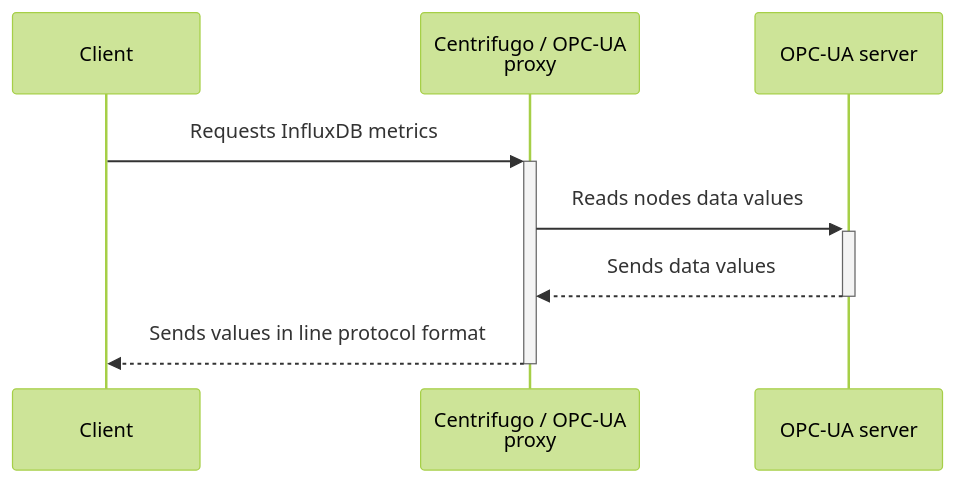
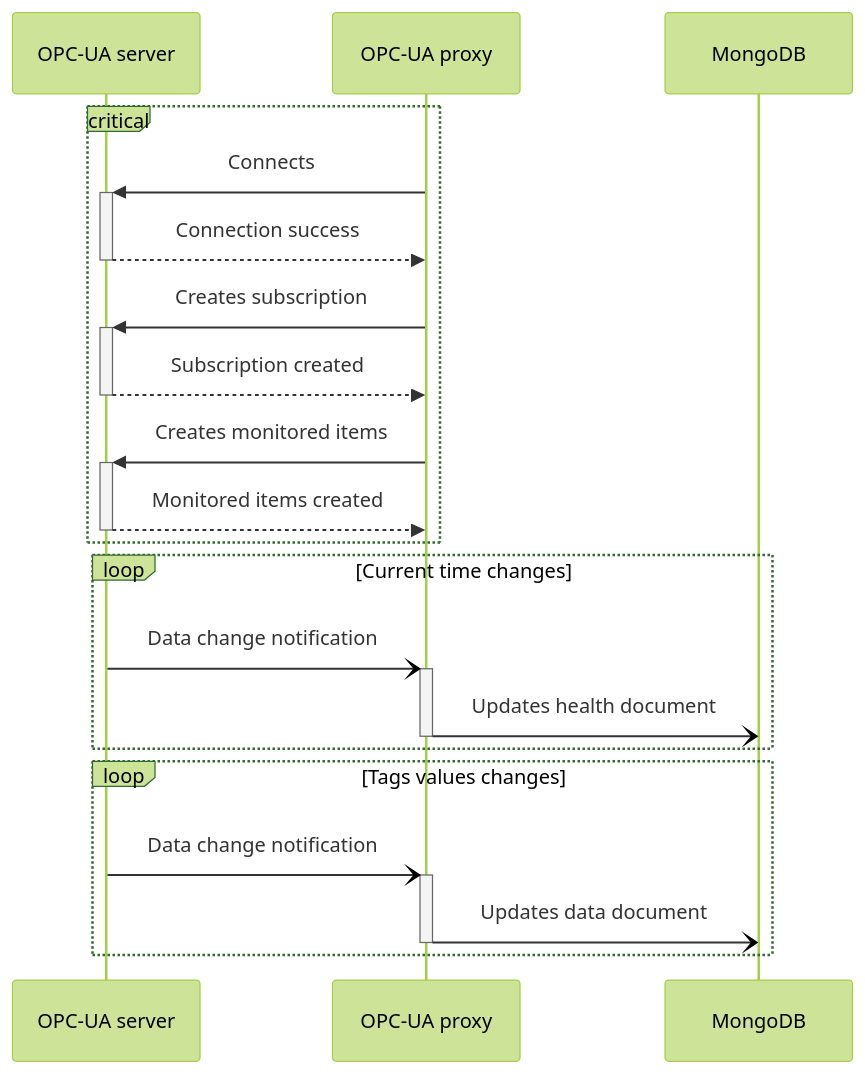
One commit to cailloumajor/opcua-proxy changed the diagram in README.md. Above: the diagram before and after it, drawn with Mermaid (forest theme). The commit also changed other lines of this file and 1 other file, not shown here.

````diff
--- a/README.md
+++ b/README.md
@@ -97,10 +61,22 @@
 ```mermaid
 sequenceDiagram
-    participant Client
-    participant Proxy as Centrifugo / OPC-UA<br>proxy
     participant OPCServer as OPC-UA server
-    Client->>+Proxy: Requests InfluxDB metrics
-    Proxy->>+OPCServer: Reads nodes data values
-    OPCServer-->>-Proxy: Sends data values
-    Proxy-->>-Client: Sends values in line protocol format
+    participant Proxy as OPC-UA proxy
+    participant MongoDB
+    critical
+        Proxy->>+OPCServer: Connects
+        OPCServer-->>-Proxy: Connection success
+        Proxy->>+OPCServer: Creates subscription
+        OPCServer-->>-Proxy: Subscription created
+        Proxy->>+OPCServer: Creates monitored items
+        OPCServer-->>-Proxy: Monitored items created
+    end
+    loop Current time changes
+        OPCServer-)+Proxy: Data change notification
+        Proxy-)-MongoDB: Updates health document
+    end
+    loop Tags values changes
+        OPCServer-)+Proxy: Data change notification
+        Proxy-)-MongoDB: Updates data document
+    end
 ```
````
